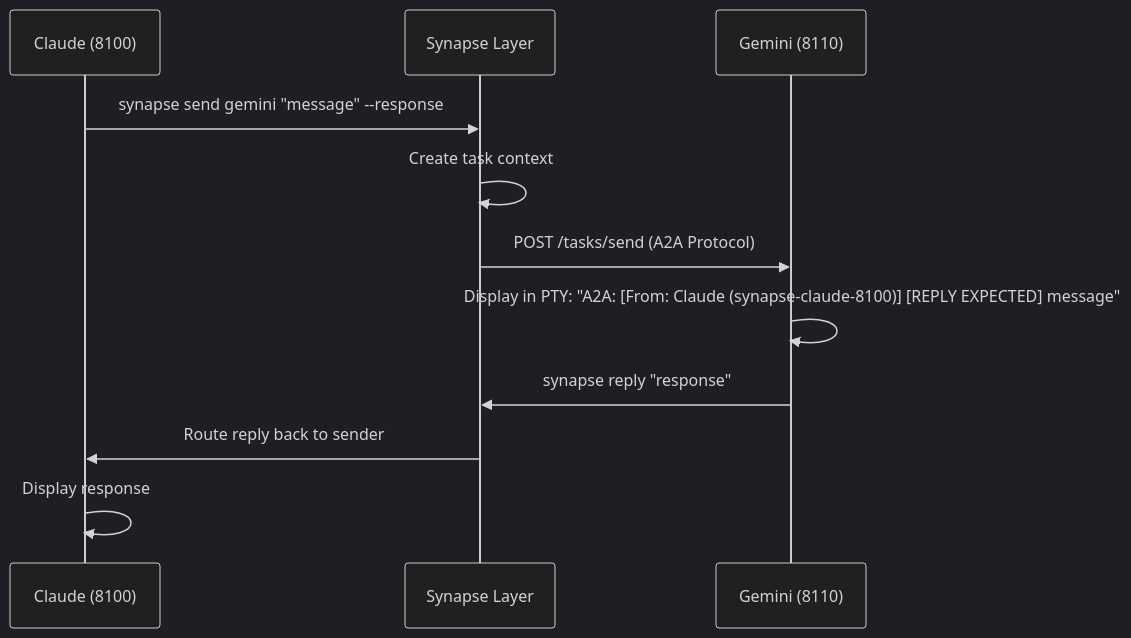
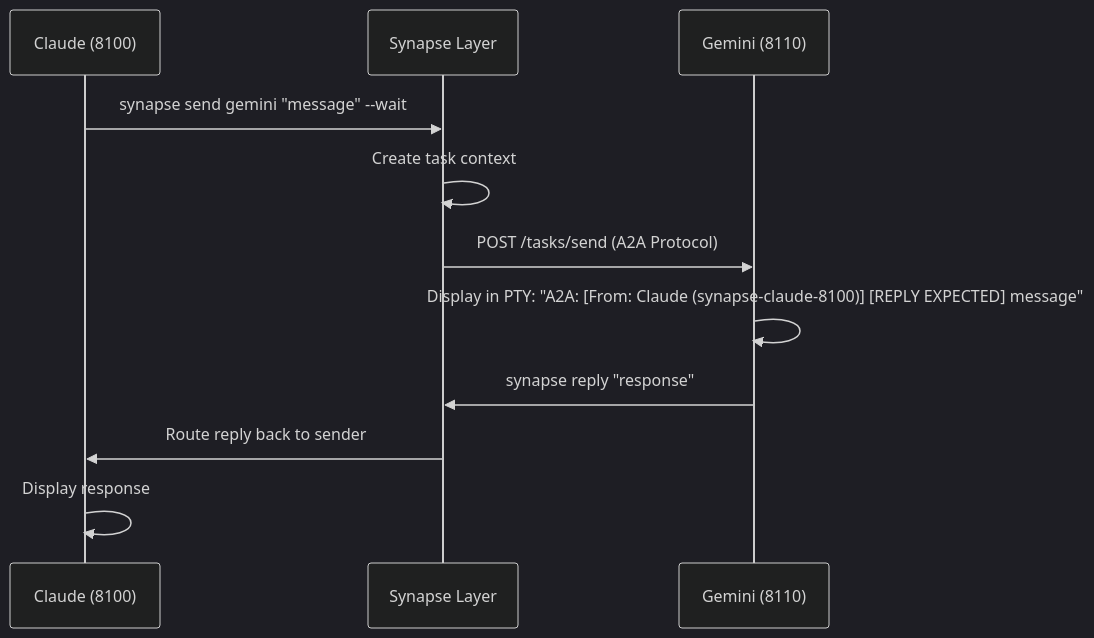
One commit to s-hiraoku/synapse-a2a changed the diagram in site-docs/getting-started/quickstart.md. Above: the diagram before and after it, drawn with Mermaid (dark theme). The commit also changed other lines of this file and 108 other files, not shown here.

First line of the commit message:
feat: replace --response/--no-response with --wait/--notify/--silent response modes

````diff
--- a/site-docs/getting-started/quickstart.md
+++ b/site-docs/getting-started/quickstart.md
@@ -95,14 +95,14 @@
 ```mermaid
 sequenceDiagram
     participant C as Claude (8100)
     participant S as Synapse Layer
     participant G as Gemini (8110)
 
-    C->>S: synapse send gemini "message" --response
+    C->>S: synapse send gemini "message" --wait
     S->>S: Create task context
     S->>G: POST /tasks/send (A2A Protocol)
     G->>G: Display in PTY: "A2A: [From: Claude (synapse-claude-8100)] [REPLY EXPECTED] message"
     G->>S: synapse reply "response"
     S->>C: Route reply back to sender
     C->>C: Display response
 ```
````
